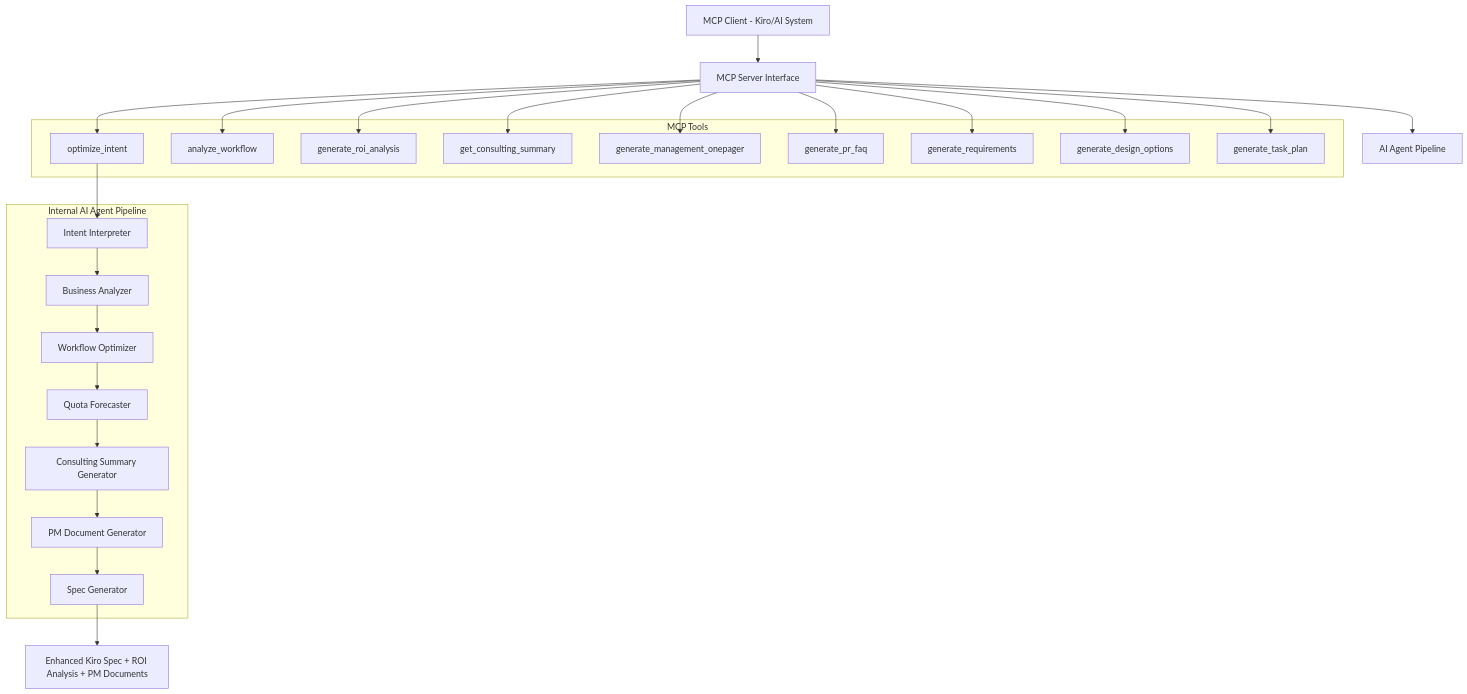
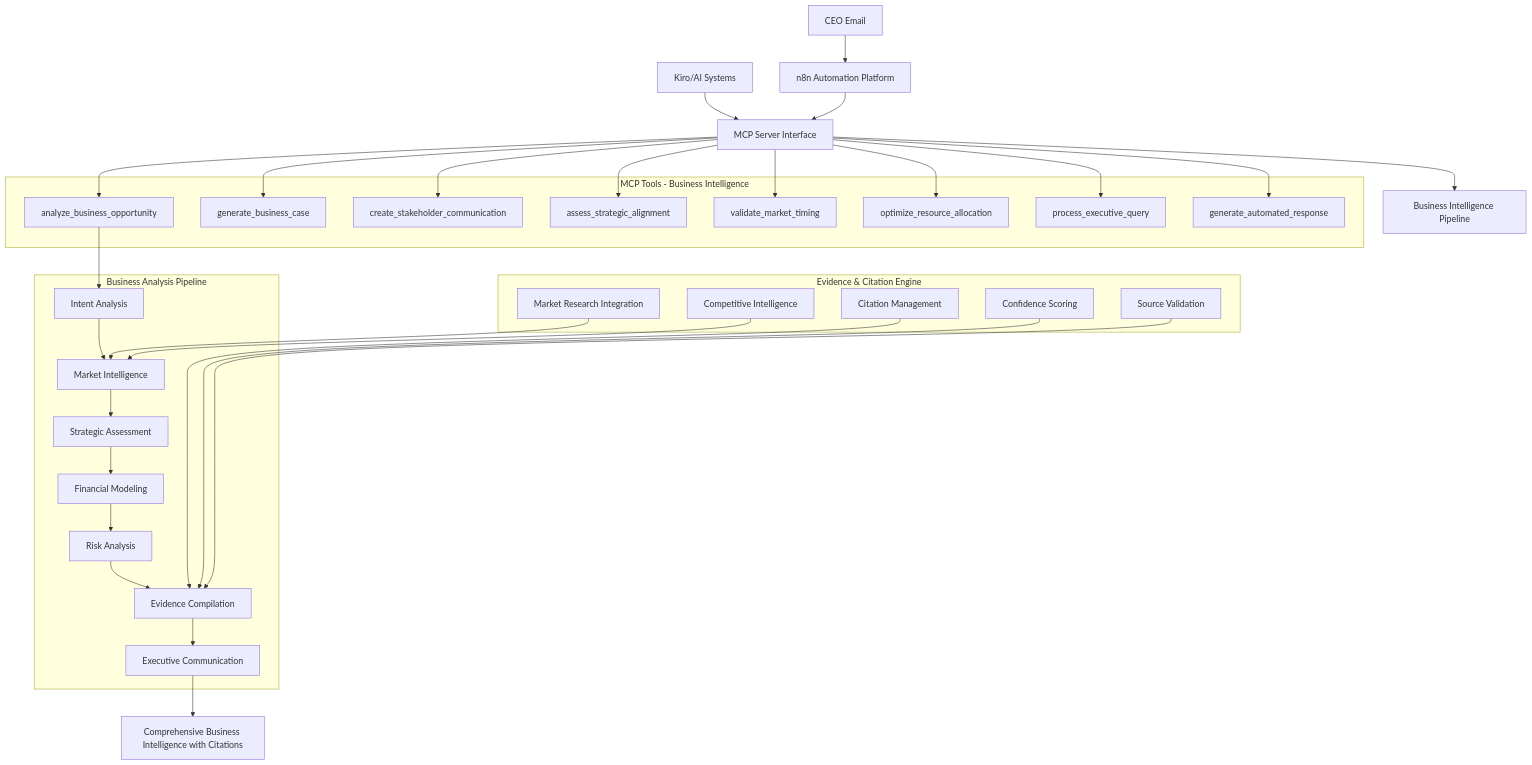
One commit to ilkan/vibe-pm-agent changed the first of 2 diagrams in .kiro/specs/vibe-pm-agent/design.md. Above: the diagram before and after it, drawn with Mermaid. The commit also changed other lines of this file and 71 other files, not shown here.

````diff
--- a/.kiro/specs/vibe-pm-agent/design.md
+++ b/.kiro/specs/vibe-pm-agent/design.md
@@ -13,46 +21,60 @@
 ```mermaid
 graph TD
-    A[MCP Client - Kiro/AI System] --> B[MCP Server Interface]
-    B --> C[AI Agent Pipeline]
+    A[CEO Email] --> B[n8n Automation Platform]
+    C[Kiro/AI Systems] --> D[MCP Server Interface]
+    B --> D
+    D --> E[Business Intelligence Pipeline]
     
-    subgraph "MCP Tools"
-        D[optimize_intent]
-        E[analyze_workflow] 
-        F[generate_roi_analysis]
-        G[get_consulting_summary]
-        H[generate_management_onepager]
-        I[generate_pr_faq]
-        J[generate_requirements]
-        K[generate_design_options]
-        L[generate_task_plan]
+    subgraph "MCP Tools - Business Intelligence"
+        F[analyze_business_opportunity]
+        G[generate_business_case] 
+        H[create_stakeholder_communication]
+        I[assess_strategic_alignment]
+        J[validate_market_timing]
+        K[optimize_resource_allocation]
+        L[process_executive_query]
+        M[generate_automated_response]
     end
     
-    subgraph "Internal AI Agent Pipeline"
-        M[Intent Interpreter]
-        N[Business Analyzer]
-        O[Workflow Optimizer]
-        P[Quota Forecaster]
-        Q[Consulting Summary Generator]
-        R[PM Document Generator]
-        S[Spec Generator]
+    subgraph "Evidence & Citation Engine"
+        N[Market Research Integration]
+        O[Competitive Intelligence]
+        P[Citation Management]
+        Q[Confidence Scoring]
+        R[Source Validation]
     end
     
-    B --> D
-    B --> E
-    B --> F
-    B --> G
-    B --> H
-    B --> I
-    B --> J
-    B --> K
-    B --> L
+    subgraph "Business Analysis Pipeline"
+        S[Intent Analysis]
+        T[Market Intelligence]
+        U[Strategic Assessment]
+        V[Financial Modeling]
+        W[Risk Analysis]
+        X[Evidence Compilation]
+        Y[Executive Communication]
+    end
     
+    D --> F
+    D --> G
+    D --> H
+    D --> I
+    D --> J
+    D --> K
+    D --> L
     D --> M
-    M --> N
-    N --> O
-    O --> P
-    P --> Q
-    Q --> R
-    R --> S
-    S --> T[Enhanced Kiro Spec + ROI Analysis + PM Documents]
+    
+    F --> S
+    S --> T
+    T --> U
+    U --> V
+    V --> W
+    W --> X
+    X --> Y
+    Y --> Z[Comprehensive Business Intelligence with Citations]
+    
+    N --> T
+    O --> T
+    P --> X
+    Q --> X
+    R --> X
 ```
````
